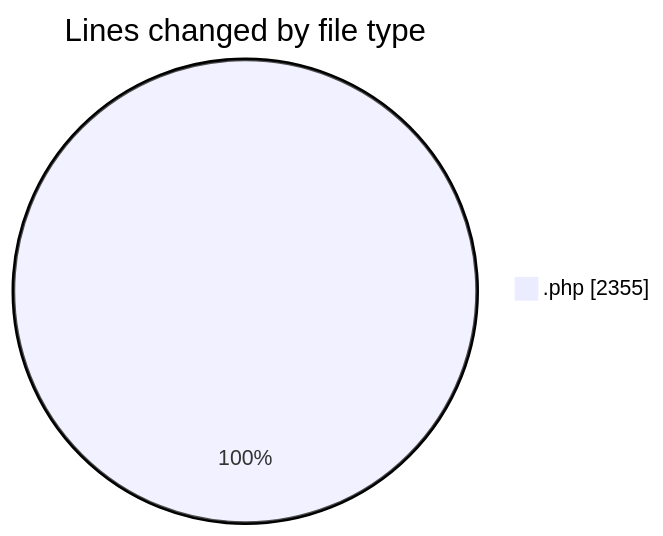
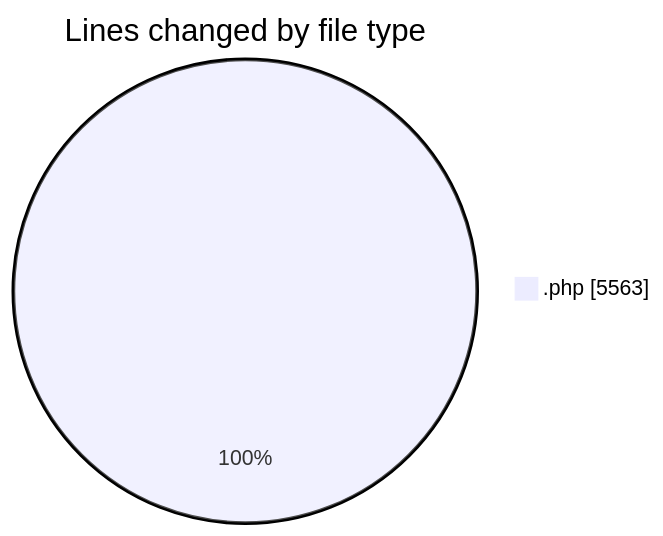
One commit to debugP/code-tracking changed the first of 2 diagrams in 2026-10-29/wp-content/README.md. Above: the diagram before and after it, drawn with Mermaid. The commit also changed other lines of this file and 1 other file, not shown here.

````diff
--- a/2026-10-29/wp-content/README.md
+++ b/2026-10-29/wp-content/README.md
@@ -21,5 +22,5 @@
 ```mermaid
 pie showData
 title Lines changed by file type
-".php" : 2355
+".php" : 5563
 ```
````
